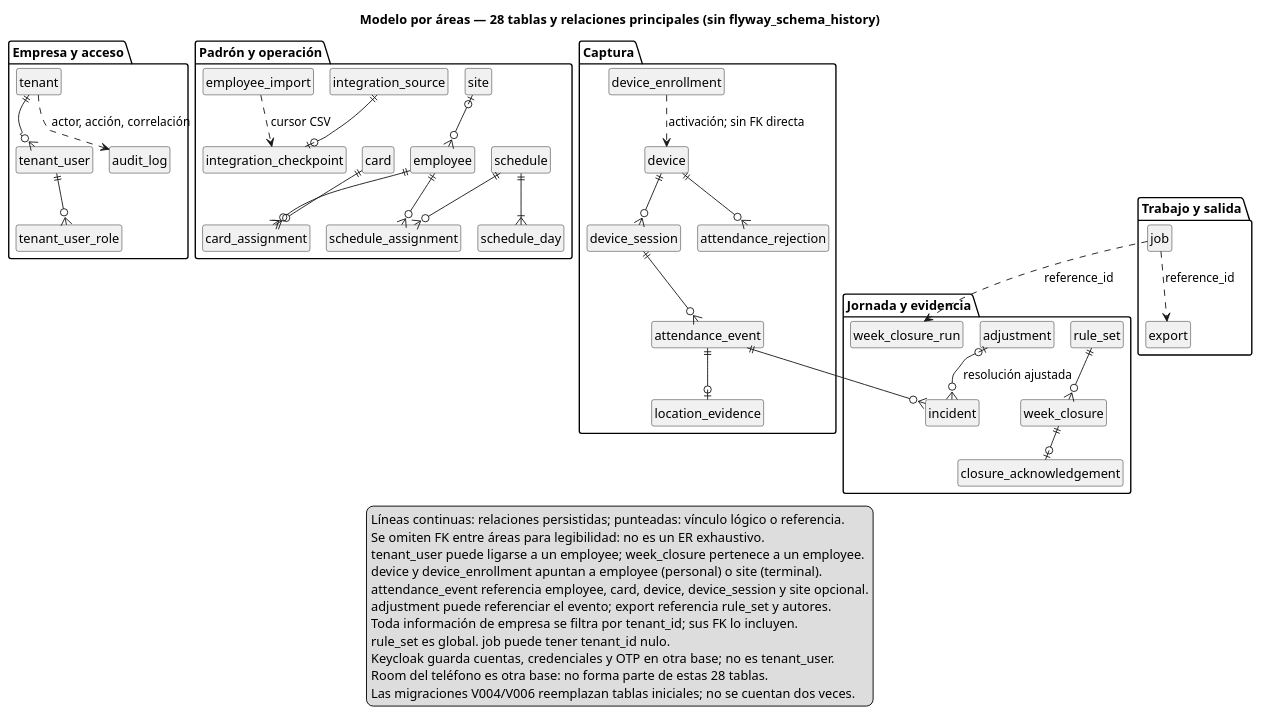
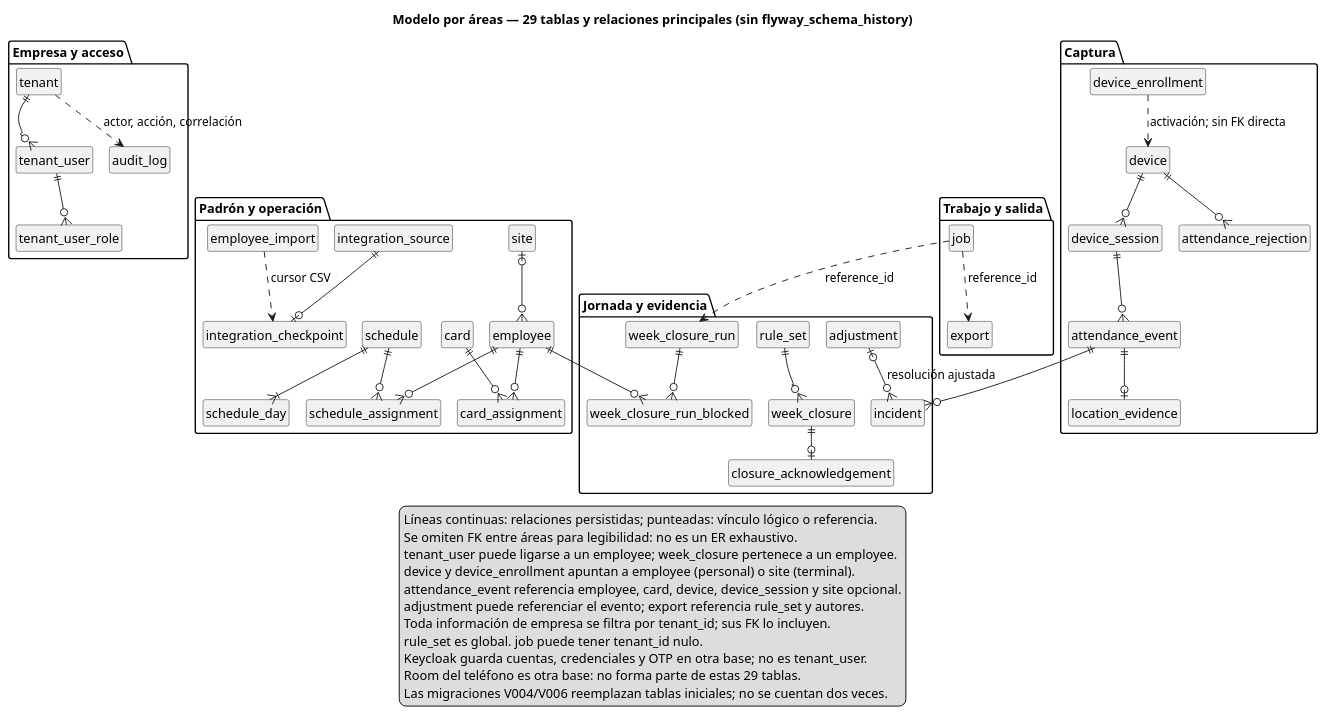
One commit to Alsegurarp/fs_asistencias changed the diagram in docs/flujos/14-modelo-de-datos.puml. Above: the diagram before and after it, drawn with PlantUML. The commit also changed 20 other files, not shown here.

```diff
--- a/docs/flujos/14-modelo-de-datos.puml
+++ b/docs/flujos/14-modelo-de-datos.puml
@@ -1,80 +1,83 @@
 @startuml
 !pragma layout smetana
-title Modelo por áreas — 28 tablas y relaciones principales (sin flyway_schema_history)
+title Modelo por áreas — 29 tablas y relaciones principales (sin flyway_schema_history)
 skinparam shadowing false
 hide circle
 hide empty members
 package "Empresa y acceso" {
   entity tenant
   entity tenant_user
   entity tenant_user_role
   entity audit_log
 }
 package "Padrón y operación" {
   entity site
   entity employee
   entity schedule
   entity schedule_day
   entity schedule_assignment
   entity card
   entity card_assignment
   entity employee_import
   entity integration_source
   entity integration_checkpoint
 }
 package "Captura" {
   entity device_enrollment
   entity device
   entity device_session
   entity attendance_event
   entity attendance_rejection
   entity location_evidence
 }
 package "Jornada y evidencia" {
   entity incident
   entity adjustment
   entity rule_set
   entity week_closure
   entity closure_acknowledgement
   entity week_closure_run
+  entity week_closure_run_blocked
 }
 package "Trabajo y salida" {
   entity job
   entity export
 }
 tenant ||--o{ tenant_user
 tenant_user ||--o{ tenant_user_role
 site |o--o{ employee
 employee ||--o{ schedule_assignment
 schedule ||--o{ schedule_assignment
 schedule ||--|{ schedule_day
 employee ||--o{ card_assignment
 card ||--o{ card_assignment
 integration_source ||--o| integration_checkpoint
 employee_import ..> integration_checkpoint : cursor CSV
 device_enrollment ..> device : activación; sin FK directa
 device ||--o{ device_session
 device_session ||--o{ attendance_event
 device ||--o{ attendance_rejection
 attendance_event ||--o| location_evidence
 attendance_event ||--o{ incident
 adjustment |o--o{ incident : resolución ajustada
 rule_set ||--o{ week_closure
 week_closure ||--o| closure_acknowledgement
 job ..> export : reference_id
 job ..> week_closure_run : reference_id
+week_closure_run ||--o{ week_closure_run_blocked
+employee ||--o{ week_closure_run_blocked
 tenant ..> audit_log : actor, acción, correlación
 legend bottom
 Líneas continuas: relaciones persistidas; punteadas: vínculo lógico o referencia.
 Se omiten FK entre áreas para legibilidad: no es un ER exhaustivo.
 tenant_user puede ligarse a un employee; week_closure pertenece a un employee.
 device y device_enrollment apuntan a employee (personal) o site (terminal).
 attendance_event referencia employee, card, device, device_session y site opcional.
 adjustment puede referenciar el evento; export referencia rule_set y autores.
 Toda información de empresa se filtra por tenant_id; sus FK lo incluyen.
 rule_set es global. job puede tener tenant_id nulo.
 Keycloak guarda cuentas, credenciales y OTP en otra base; no es tenant_user.
-Room del teléfono es otra base: no forma parte de estas 28 tablas.
+Room del teléfono es otra base: no forma parte de estas 29 tablas.
 Las migraciones V004/V006 reemplazan tablas iniciales; no se cuentan dos veces.
 endlegend
 @enduml
```
